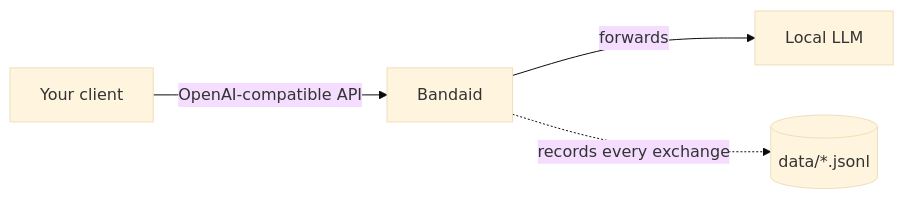
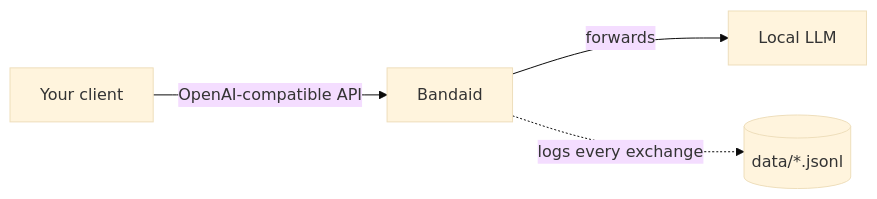
One commit to ggeorgovassilis/llm-gauze changed the first of 2 diagrams in README.md. Above: the diagram before and after it, drawn with Mermaid (base theme). The commit also changed other lines of this file, not shown here.

First line of the commit message:
Generalise the sequence diagram (#18)

````diff
--- a/README.md
+++ b/README.md
@@ -67,6 +67,6 @@
 ```mermaid
 flowchart LR
     Client[Your client] -->|OpenAI-compatible API| Bandaid
     Bandaid -->|forwards| LLM[Local LLM]
-    Bandaid -.->|records every exchange| Store[(data/*.jsonl)]
+    Bandaid -.->|logs every exchange| Store[(data/*.jsonl)]
 ```
````
